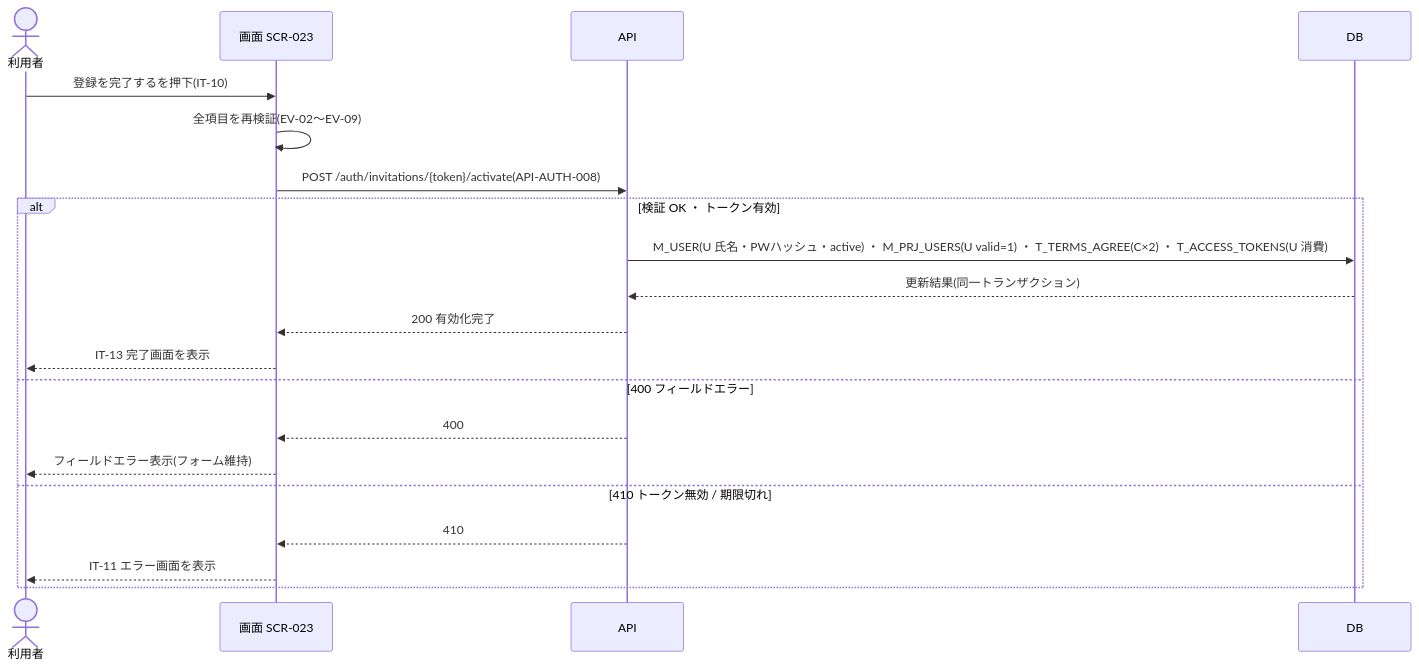
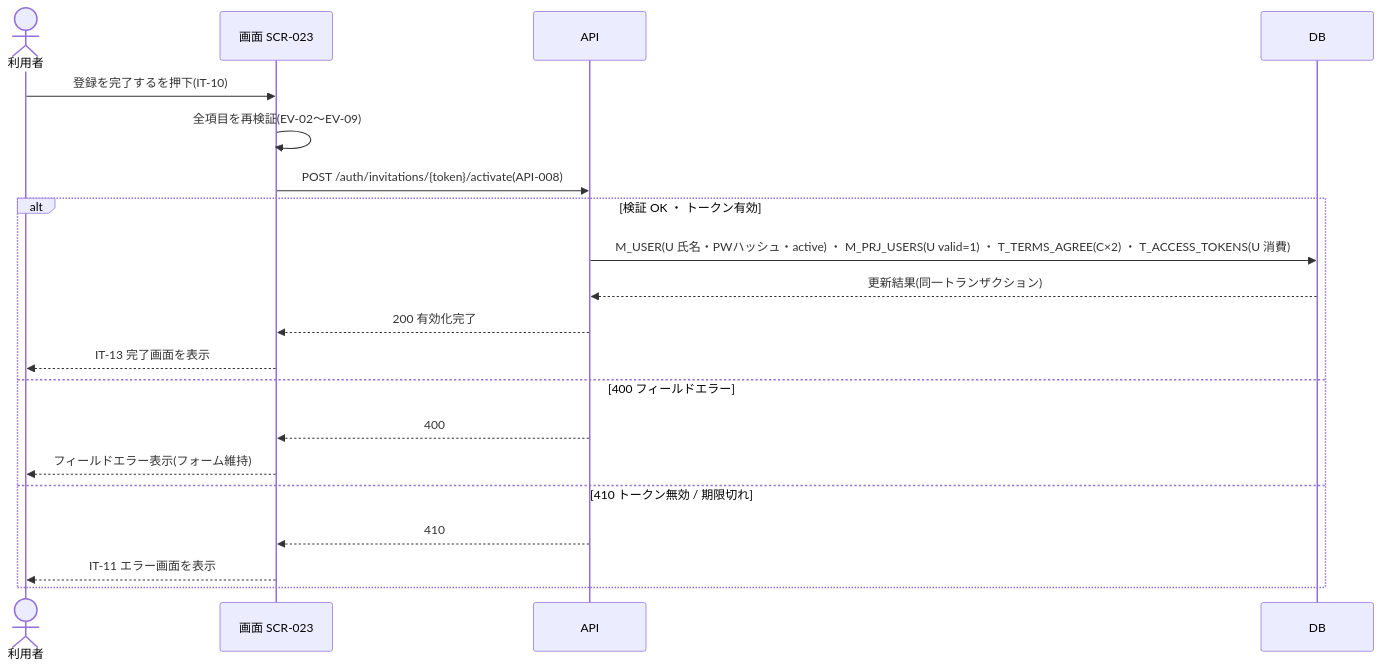
One commit to sikakou54/open-faq changed the diagram in 01_requirements/02_business_usecases/UC-190.md. Above: the diagram before and after it, drawn with Mermaid. The commit also changed other lines of this file and 321 other files, not shown here.

````diff
--- a/01_requirements/02_business_usecases/UC-190.md
+++ b/01_requirements/02_business_usecases/UC-190.md
@@ -43,22 +43,22 @@
 ```mermaid
 sequenceDiagram
   actor U as 利用者
   participant S as 画面 SCR-023
   participant API as API
   participant DB as DB
   U->>S: 登録を完了するを押下(IT-10)
   S->>S: 全項目を再検証(EV-02〜EV-09)
-  S->>API: POST /auth/invitations/{token}/activate(API-AUTH-008)
+  S->>API: POST /auth/invitations/{token}/activate(API-008)
   alt 検証 OK ・ トークン有効
     API->>DB: M_USER(U 氏名・PWハッシュ・active) ・ M_PRJ_USERS(U valid=1) ・ T_TERMS_AGREE(C×2) ・ T_ACCESS_TOKENS(U 消費)
     DB-->>API: 更新結果(同一トランザクション)
     API-->>S: 200 有効化完了
     S-->>U: IT-13 完了画面を表示
   else 400 フィールドエラー
     API-->>S: 400
     S-->>U: フィールドエラー表示(フォーム維持)
   else 410 トークン無効 / 期限切れ
     API-->>S: 410
     S-->>U: IT-11 エラー画面を表示
   end
 ```
````
